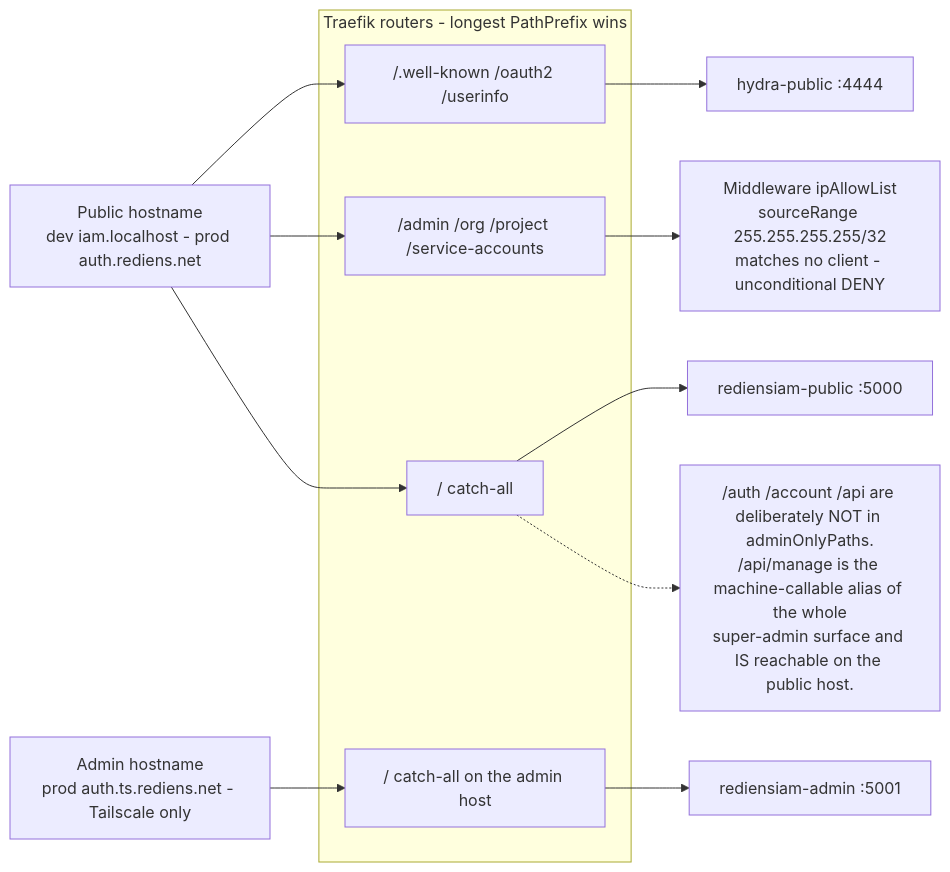
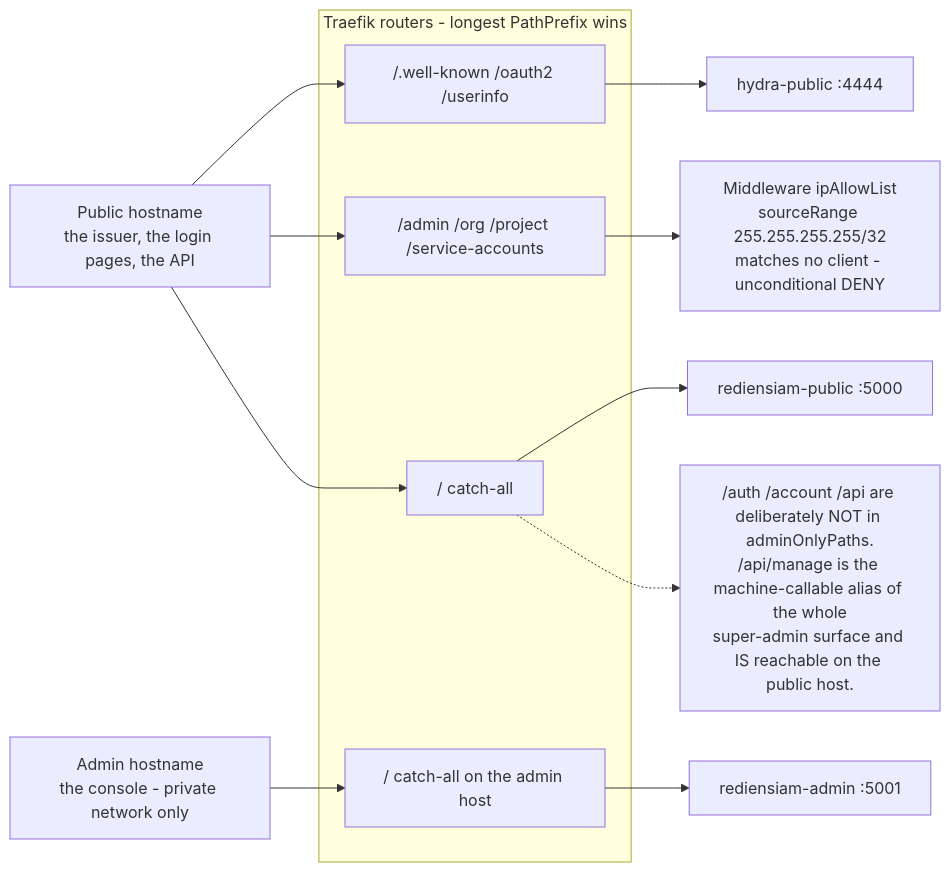
One commit to GuillaumeCariou/RediensIAM changed the second of 27 diagrams in docs/DIAGRAMS.md. Above: the diagram before and after it, drawn with Mermaid. The commit also changed other lines of this file and 111 other files, not shown here.

````diff
--- a/docs/DIAGRAMS.md
+++ b/docs/DIAGRAMS.md
@@ -86,22 +86,22 @@
 ```mermaid
 flowchart LR
-    pub["Public hostname<br/>dev iam.localhost - prod auth.rediens.net"]
-    adm["Admin hostname<br/>prod auth.ts.rediens.net - Tailscale only"]
+    pub["Public hostname<br/>the issuer, the login pages, the API"]
+    adm["Admin hostname<br/>the console - private network only"]
 
     subgraph routers["Traefik routers - longest PathPrefix wins"]
         r1["/.well-known /oauth2 /userinfo"]
         r2["/admin /org /project /service-accounts"]
         r3["/ catch-all"]
         r4["/ catch-all on the admin host"]
     end
 
     deny["Middleware ipAllowList<br/>sourceRange 255.255.255.255/32<br/>matches no client - unconditional DENY"]
 
     pub --> r1 --> hydrasvc["hydra-public :4444"]
     pub --> r2 --> deny
     pub --> r3 --> pubsvc["rediensiam-public :5000"]
     adm --> r4 --> admsvc["rediensiam-admin :5001"]
 
     note["/auth /account /api are deliberately NOT in adminOnlyPaths.<br/>/api/manage is the machine-callable alias of the whole<br/>super-admin surface and IS reachable on the public host."]
     r3 -.-> note
 ```
````
